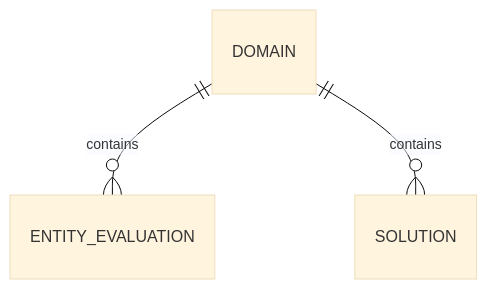
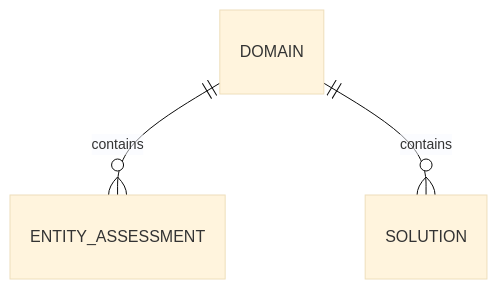
The ninth of 10 diagrams in documentation/architecture/data-model.md (intuitem/ciso-assistant-community), drawn with Mermaid (base theme) before and after one commit. The commit also changed other lines of this file, not shown here.

````diff
--- a/documentation/architecture/data-model.md
+++ b/documentation/architecture/data-model.md
@@ -1195,5 +1212,5 @@
 ```mermaid
 erDiagram
-    DOMAIN          ||--o{ ENTITY_EVALUATION    : contains
+    DOMAIN          ||--o{ ENTITY_ASSESSMENT    : contains
     DOMAIN          ||--o{ SOLUTION             : contains
 ```
````
